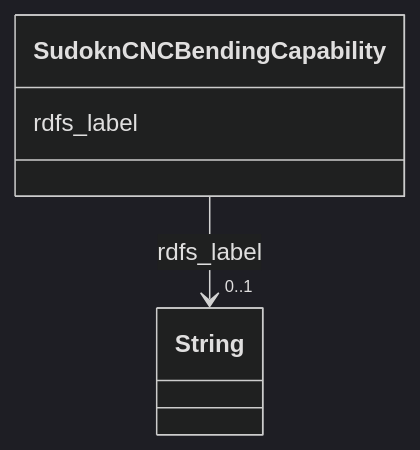
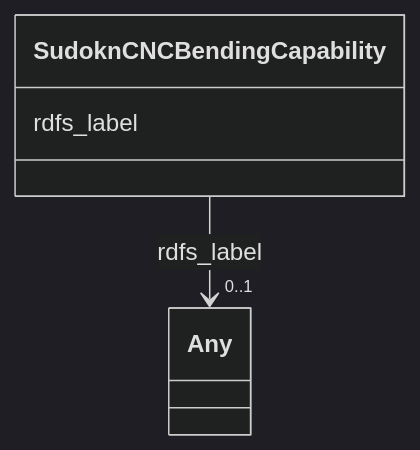
The diagram in sudokn-kg/classes/SudoknCNCBendingCapability.md (frink-okn/graph-descriptions), drawn with Mermaid (dark theme) before and after one commit. The commit also changed other lines of this file and 903 other files, not shown here.

````diff
--- a/sudokn-kg/classes/SudoknCNCBendingCapability.md
+++ b/sudokn-kg/classes/SudoknCNCBendingCapability.md
@@ -23,15 +18,15 @@
 ```mermaid
  classDiagram
     class SudoknCNCBendingCapability
     click SudoknCNCBendingCapability href "../SudoknCNCBendingCapability"
       SudoknCNCBendingCapability : rdfs_label
         
           
     
     
-    SudoknCNCBendingCapability --> "0..1" String : rdfs_label
-    click String href "../String"
+    SudoknCNCBendingCapability --> "0..1" Any : rdfs_label
+    click Any href "../Any"
 
         
       
 ```
````
